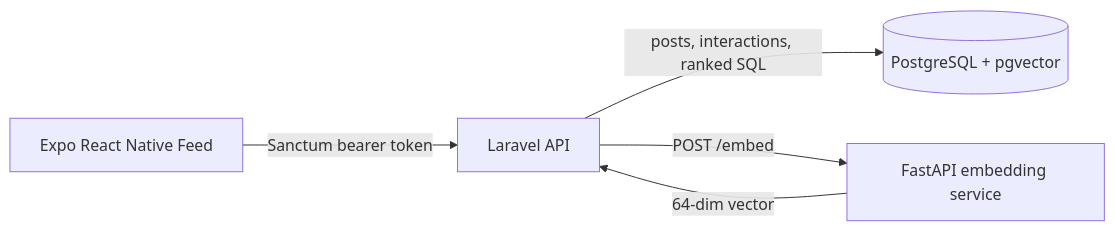
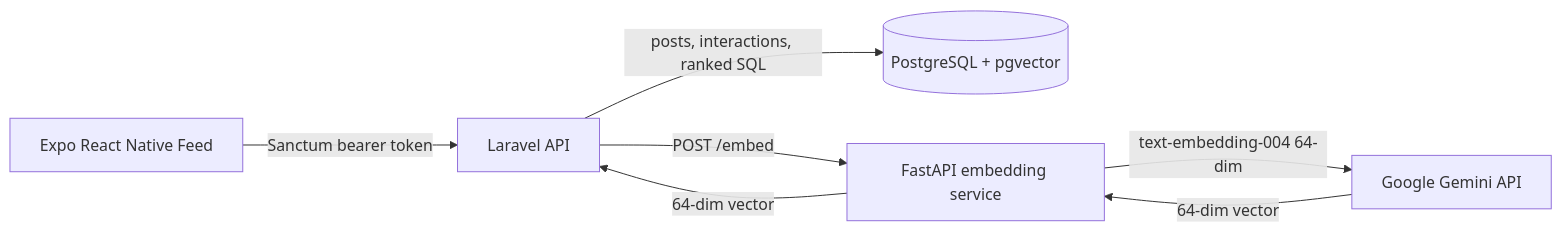
Before and after one commit to szzd7223/GuisedUp-assessment-Saad: the diagram in docs/TSD.md, drawn with Mermaid. The commit also changed other lines of this file and 19 other files, not shown here.

````diff
--- a/docs/TSD.md
+++ b/docs/TSD.md
@@ -9,7 +9,9 @@
 ```mermaid
 flowchart LR
   M[Expo React Native Feed] -->|Sanctum bearer token| L[Laravel API]
   L -->|posts, interactions, ranked SQL| P[(PostgreSQL + pgvector)]
   L -->|POST /embed| E[FastAPI embedding service]
+  E -->|text-embedding-004 64-dim| G[Google Gemini API]
+  G -->|64-dim vector| E
   E -->|64-dim vector| L
 ```
````
